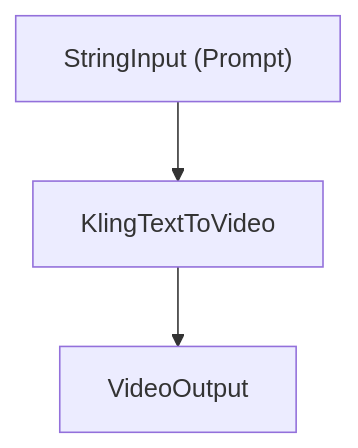
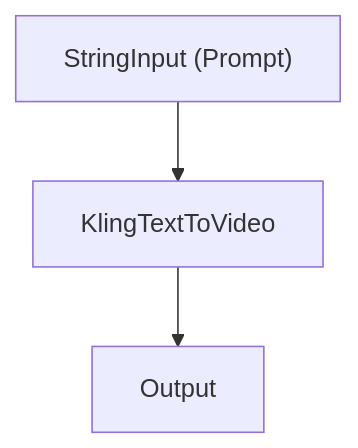
One commit to nodetool-ai/nodetool changed diagram 12 of 17 in docs/cookbook/patterns.md. Above: the diagram before and after it, drawn with Mermaid. The commit also changed other lines of this file and 24 other files, not shown here.

```diff
--- a/docs/cookbook/patterns.md
+++ b/docs/cookbook/patterns.md
@@ -418,8 +418,8 @@
 {% mermaid %}
 graph TD
   string_input["StringInput (Prompt)"]
-  video_output["VideoOutput"]
+  output["Output"]
   kling_text_to_video["KlingTextToVideo"]
   string_input --> kling_text_to_video
-  kling_text_to_video --> video_output
+  kling_text_to_video --> output
 {% endmermaid %}
```
